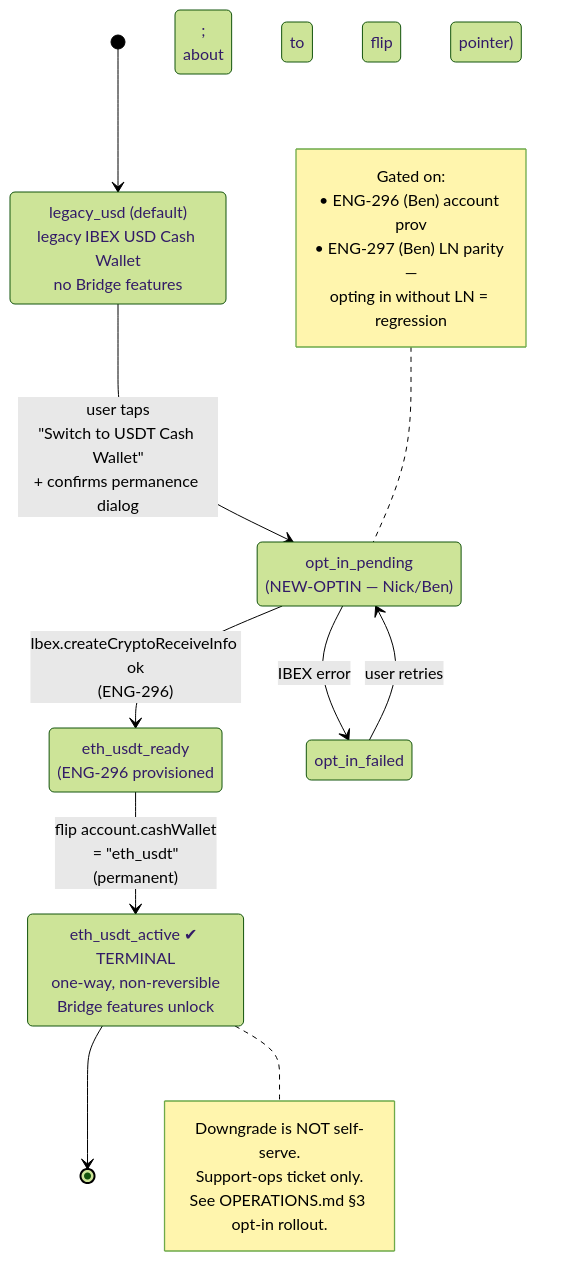
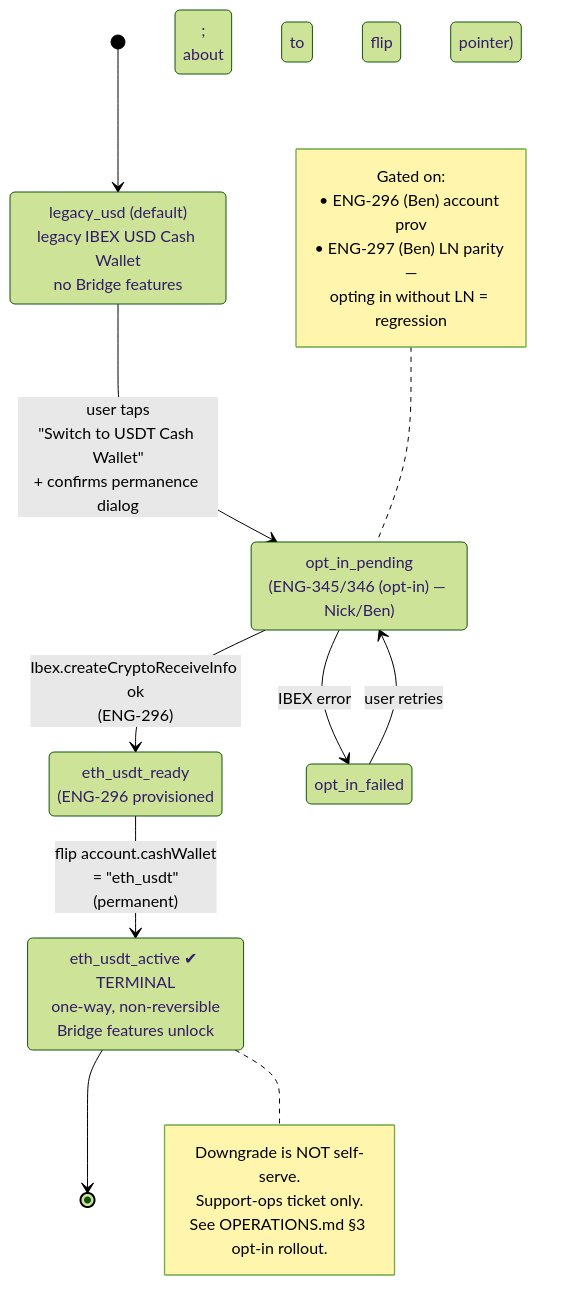
The fifth of 10 diagrams in docs/bridge-integration/FLOWS.md (lnflash/flash), drawn with Mermaid (forest theme) before and after one commit. The commit also changed other lines of this file and 9 other files, not shown here.

````diff
--- a/docs/bridge-integration/FLOWS.md
+++ b/docs/bridge-integration/FLOWS.md
@@ -273,28 +273,28 @@
 ```mermaid
 stateDiagram-v2
     direction TB
     [*] --> legacy_usd
     legacy_usd --> opt_in_pending: user taps<br/>"Switch to USDT Cash Wallet"<br/>+ confirms permanence dialog
     opt_in_pending --> eth_usdt_ready: Ibex.createCryptoReceiveInfo ok<br/>(ENG-296)
     opt_in_pending --> opt_in_failed: IBEX error
     opt_in_failed --> opt_in_pending: user retries
     eth_usdt_ready --> eth_usdt_active: flip account.cashWallet<br/>= "eth_usdt"<br/>(permanent)
     eth_usdt_active --> [*]
 
     legacy_usd: legacy_usd (default)<br/>legacy IBEX USD Cash Wallet<br/>no Bridge features
-    opt_in_pending: opt_in_pending<br/>(NEW-OPTIN — Nick/Ben)
+    opt_in_pending: opt_in_pending<br/>(ENG-345/346 (opt-in) — Nick/Ben)
     eth_usdt_ready: eth_usdt_ready<br/>(ENG-296 provisioned;<br/>about to flip pointer)
     eth_usdt_active: eth_usdt_active ✔ TERMINAL<br/>one-way, non-reversible<br/>Bridge features unlock
 
     note right of eth_usdt_active
         Downgrade is NOT self-serve.
         Support-ops ticket only.
         See OPERATIONS.md §3 opt-in rollout.
     end note
     note left of opt_in_pending
         Gated on:
           • ENG-296 (Ben) account prov
           • ENG-297 (Ben) LN parity —
             opting in without LN = regression
     end note
 ```
````
